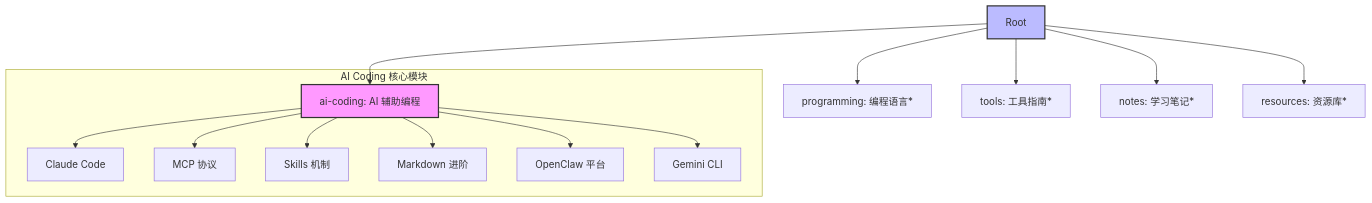
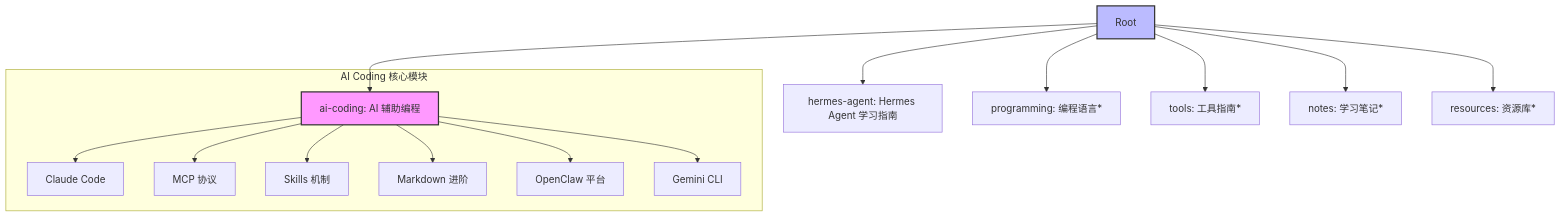
Before and after one commit to daruizi/jerrys-knowledge-base: the diagram in README.md, drawn with Mermaid. The commit also changed other lines of this file and 12 other files, not shown here.

First line of the commit message:
新增 hermes-agent 中文学习指南（11 章完整版）

````diff
--- a/README.md
+++ b/README.md
@@ -11,20 +11,21 @@
 ```mermaid
 graph TD
     ROOT[Root] --> AI[ai-coding: AI 辅助编程]
+    ROOT --> HERMES[hermes-agent: Hermes Agent 学习指南]
     ROOT --> PROG[programming: 编程语言*]
     ROOT --> TOOLS[tools: 工具指南*]
     ROOT --> NOTES[notes: 学习笔记*]
     ROOT --> RES[resources: 资源库*]
     
     subgraph "AI Coding 核心模块"
         AI --> M1[Claude Code]
         AI --> M2[MCP 协议]
         AI --> M3[Skills 机制]
         AI --> M4[Markdown 进阶]
         AI --> M5[OpenClaw 平台]
         AI --> M6[Gemini CLI]
     end
     
     style AI fill:#f9f,stroke:#333,stroke-width:2px
     style ROOT fill:#bbf,stroke:#333,stroke-width:2px
 ```
````
